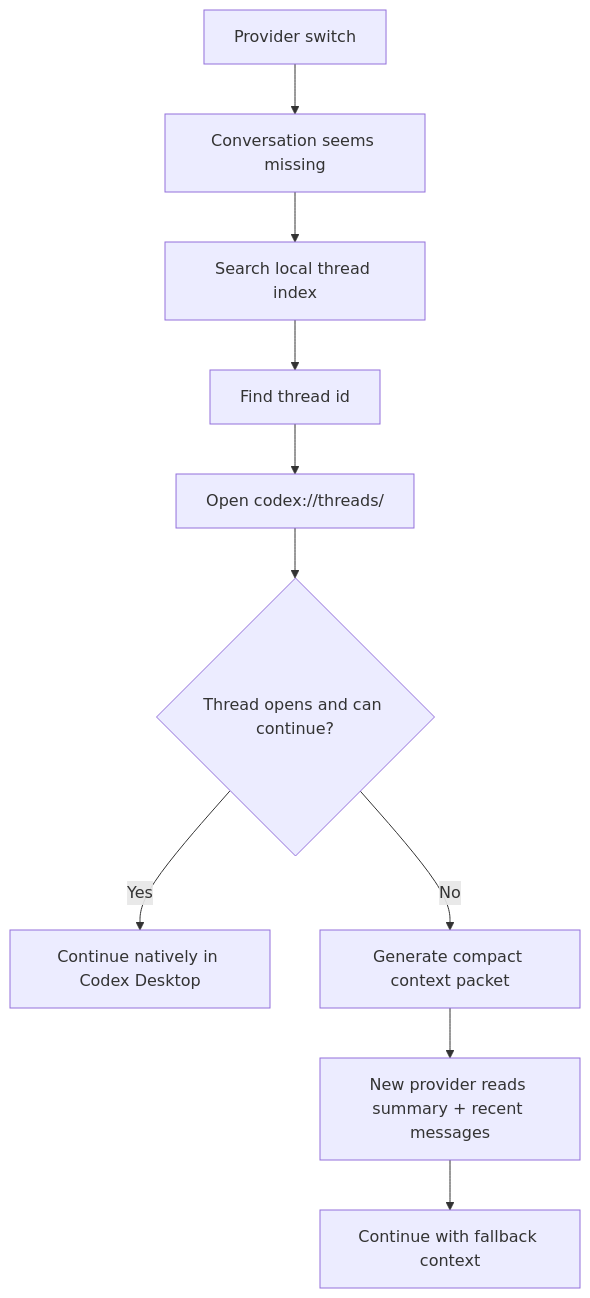
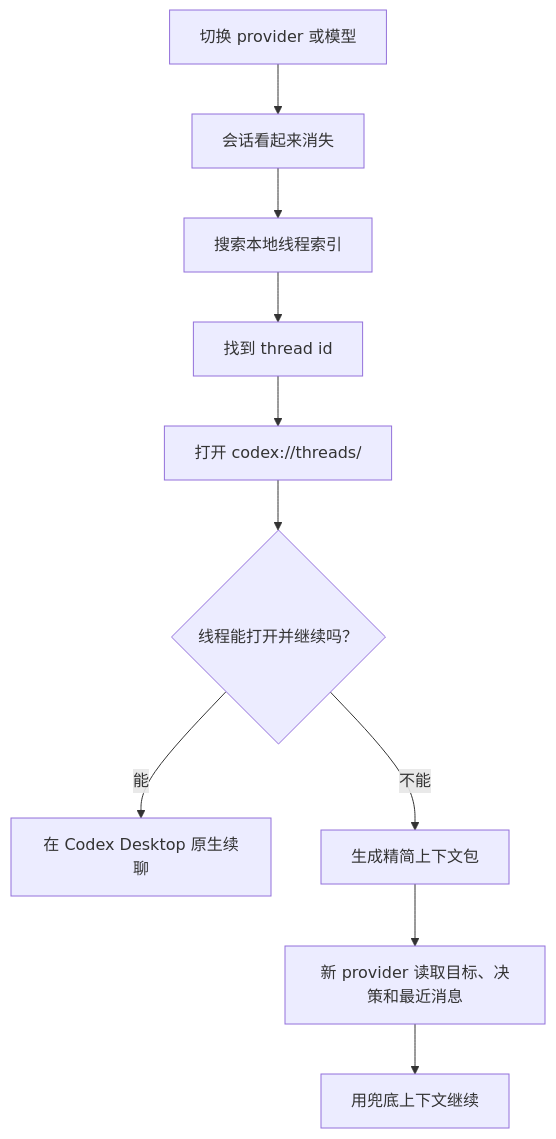
One commit to ayu9478/codex-desktop-provider-ctx-persist changed the first of 2 diagrams in docs/solution.md. Above: the diagram before and after it, drawn with Mermaid. The commit also changed other lines of this file and 14 other files, not shown here.

````diff
--- a/docs/solution.md
+++ b/docs/solution.md
@@ -23,12 +23,12 @@
 ```mermaid
 flowchart TD
-    A["Provider switch"] --> B["Conversation seems missing"]
-    B --> C["Search local thread index"]
-    C --> D["Find thread id"]
-    D --> E["Open codex://threads/<thread-id>"]
-    E --> F{"Thread opens and can continue?"}
-    F -- "Yes" --> G["Continue natively in Codex Desktop"]
-    F -- "No" --> H["Generate compact context packet"]
-    H --> I["New provider reads summary + recent messages"]
-    I --> J["Continue with fallback context"]
+    A["切换 provider 或模型"] --> B["会话看起来消失"]
+    B --> C["搜索本地线程索引"]
+    C --> D["找到 thread id"]
+    D --> E["打开 codex://threads/<thread-id>"]
+    E --> F{"线程能打开并继续吗？"}
+    F -- "能" --> G["在 Codex Desktop 原生续聊"]
+    F -- "不能" --> H["生成精简上下文包"]
+    H --> I["新 provider 读取目标、决策和最近消息"]
+    I --> J["用兜底上下文继续"]
 ```
````
